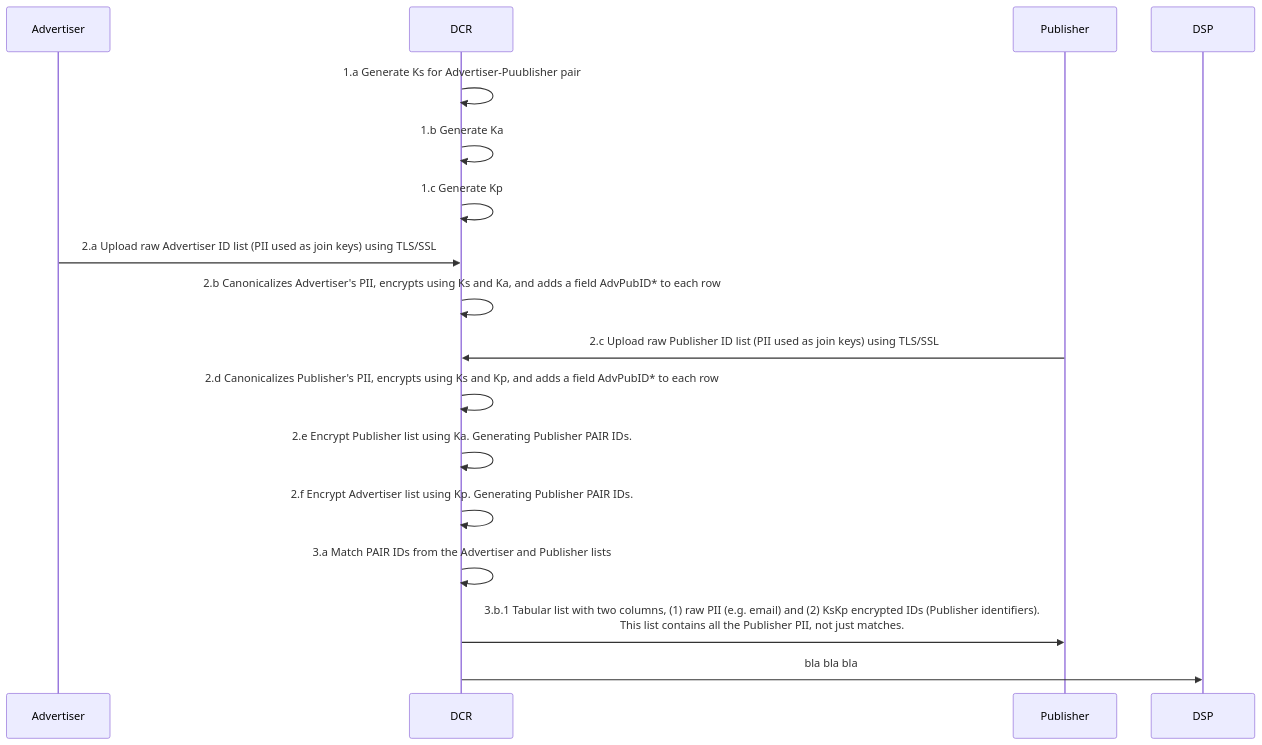
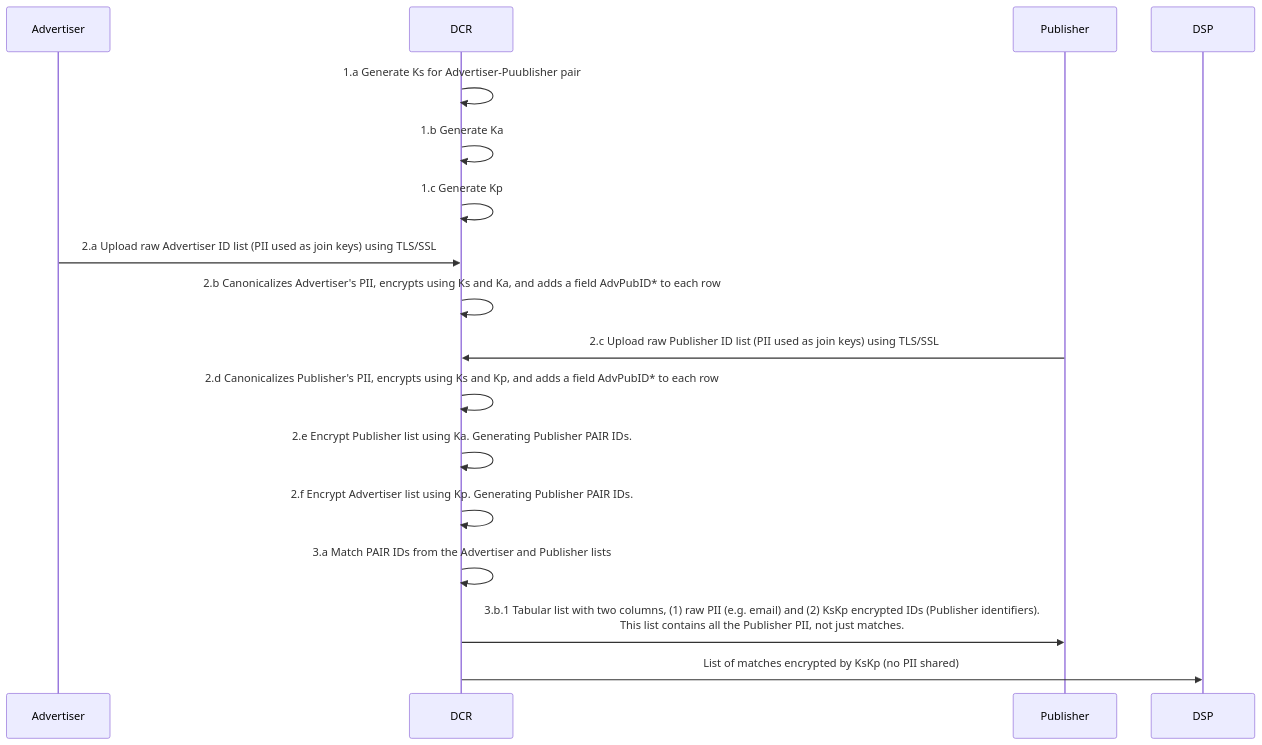
The diagram in PAIR/Single_DCR.md (pm-harshad-mane/Diagrams), drawn with Mermaid before and after one commit. The commit also changed other lines of this file, not shown here.

````diff
--- a/PAIR/Single_DCR.md
+++ b/PAIR/Single_DCR.md
@@ -1,24 +1,24 @@
 ```mermaid
 sequenceDiagram
 
 participant Adv as Advertiser
 participant DCR
 participant Pub as Publisher
 participant DSP
 
 DCR->>DCR: 1.a Generate Ks for Advertiser-Puublisher pair
 DCR->>DCR: 1.b Generate Ka
 DCR->>DCR: 1.c Generate Kp
 
 Adv->>DCR: 2.a Upload raw Advertiser ID list (PII used as join keys) using TLS/SSL
 DCR->>DCR: 2.b Canonicalizes Advertiser's PII, encrypts using Ks and Ka, and adds a field AdvPubID* to each row
 Pub->>DCR: 2.c Upload raw Publisher ID list (PII used as join keys) using TLS/SSL
 DCR->>DCR: 2.d Canonicalizes Publisher's PII, encrypts using Ks and Kp, and adds a field AdvPubID* to each row
 DCR->>DCR: 2.e Encrypt Publisher list using Ka. Generating Publisher PAIR IDs.
 DCR->>DCR: 2.f Encrypt Advertiser list using Kp. Generating Publisher PAIR IDs.
 
 DCR->>DCR: 3.a Match PAIR IDs from the Advertiser and Publisher lists
 DCR->>Pub: 3.b.1 Tabular list with two columns, (1) raw PII (e.g. email) and (2) KsKp encrypted IDs (Publisher identifiers).<br/>This list contains all the Publisher PII, not just matches.
-DCR->>DSP: bla bla bla
+DCR->>DSP: List of matches encrypted by KsKp (no PII shared)
 
 ```
````
